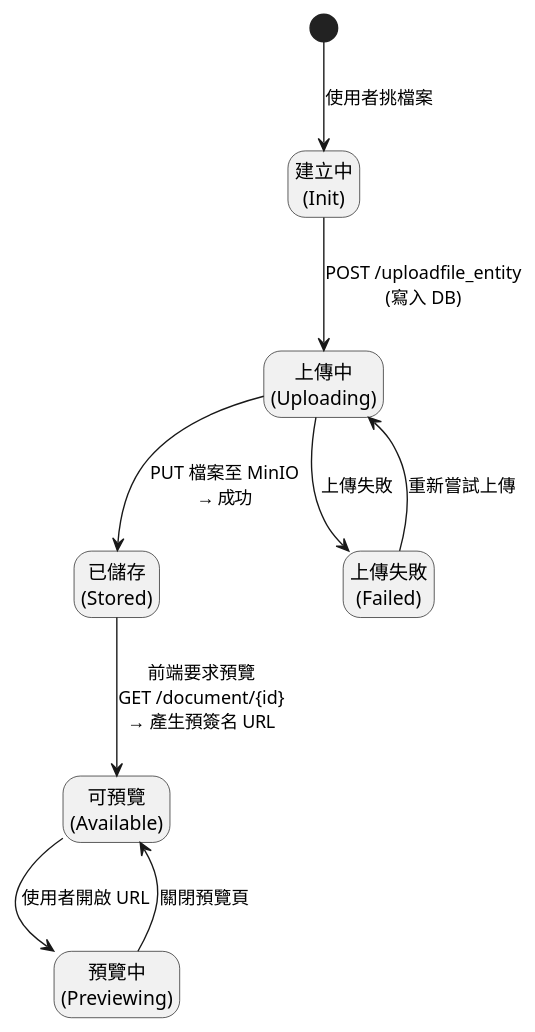
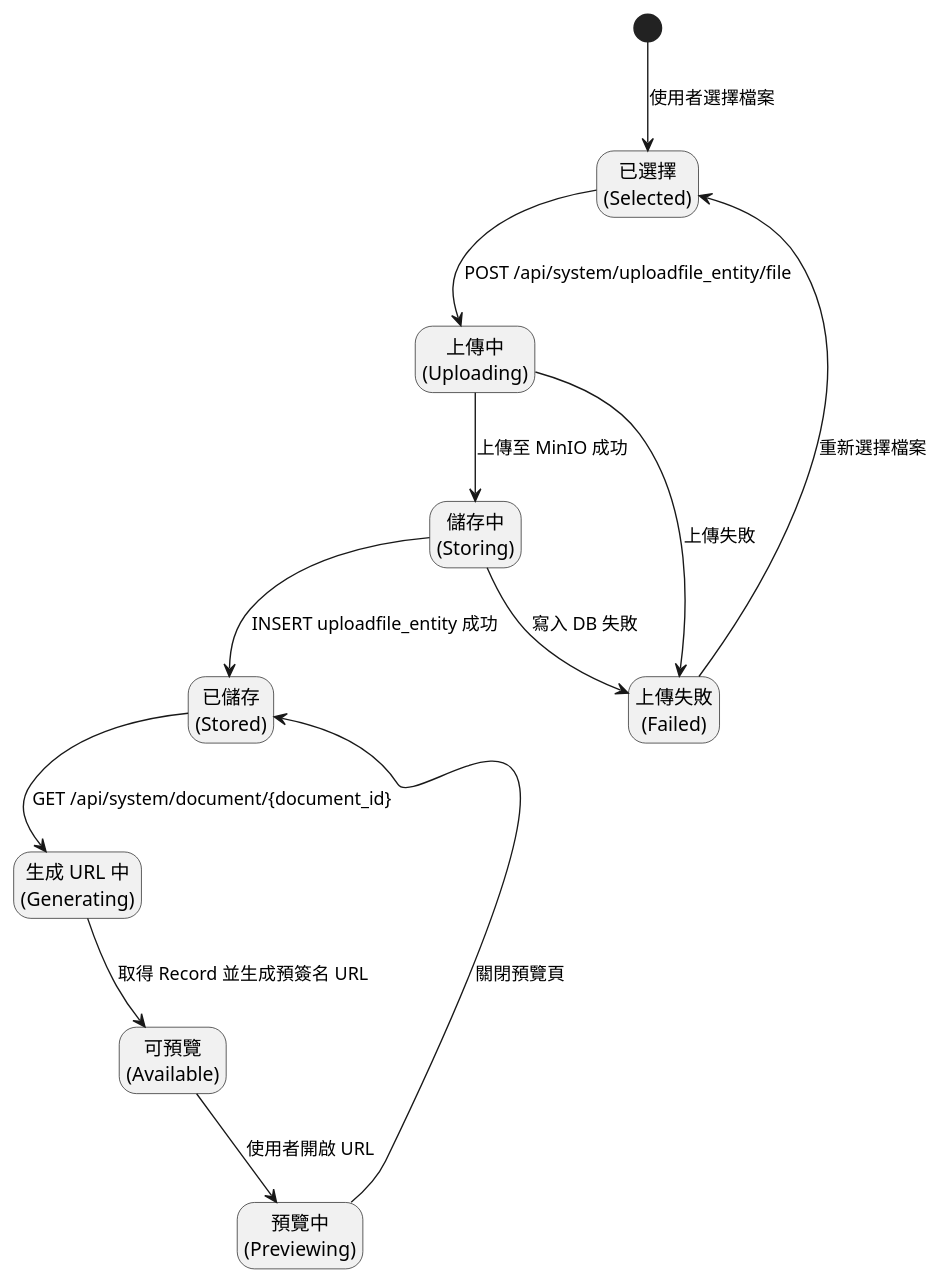
One commit to walle45611/NTUB_SecuManag_Diagram changed the diagram in plantUML/state/file.puml. Above: the diagram before and after it, drawn with PlantUML. The commit also changed 12 other files, not shown here.

First line of the commit message:
refactor: modify update ch07 diagram (#75)

```diff
--- a/plantUML/state/file.puml
+++ b/plantUML/state/file.puml
@@ -1,25 +1,33 @@
 @startuml
 
 hide empty description
 
-[*] --> Init : 使用者挑檔案
-state "建立中\n(Init)" as Init <<inprogress>>
+[*] --> Selected : 使用者選擇檔案
 
-Init --> Uploading : POST /uploadfile_entity\n(寫入 DB)
+state "已選擇\n(Selected)" as Selected <<ready>>
+Selected --> Uploading : POST /api/system/uploadfile_entity/file
+
 state "上傳中\n(Uploading)" as Uploading <<inprogress>>
+Uploading --> Storing : 上傳至 MinIO 成功
+Uploading --> Failed : 上傳失敗
 
-Uploading --> Stored : PUT 檔案至 MinIO\n→ 成功
-Uploading --> Failed : 上傳失敗
+state "儲存中\n(Storing)" as Storing <<inprogress>>
+Storing --> Stored : INSERT uploadfile_entity 成功
+Storing --> Failed : 寫入 DB 失敗
+
 state "上傳失敗\n(Failed)" as Failed <<error>>
-Failed --> Uploading : 重新嘗試上傳
+Failed --> Selected : 重新選擇檔案
 
 state "已儲存\n(Stored)" as Stored <<stored>>
 
-Stored --> Available : 前端要求預覽\nGET /document/{id}\n→ 產生預簽名 URL
+Stored --> Generating : GET /api/system/document/{document_id}
+state "生成 URL 中\n(Generating)" as Generating <<inprogress>>
+Generating --> Available : 取得 Record 並生成預簽名 URL
+
 state "可預覽\n(Available)" as Available <<ready>>
+Available --> Previewing : 使用者開啟 URL
 
-Available --> Previewing : 使用者開啟 URL
 state "預覽中\n(Previewing)" as Previewing <<preview>>
-Previewing --> Available : 關閉預覽頁
+Previewing --> Stored : 關閉預覽頁
 
 @enduml
```
